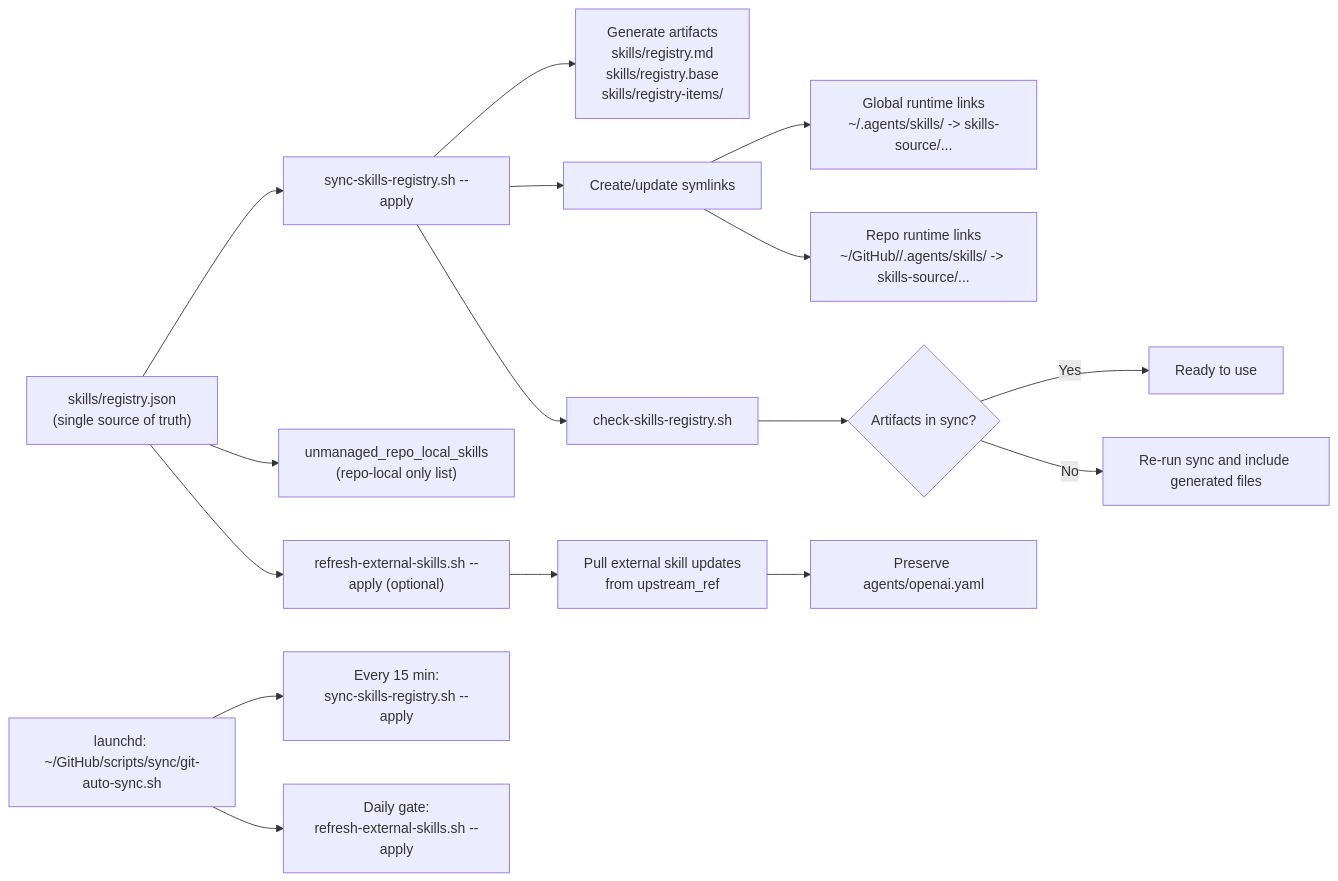
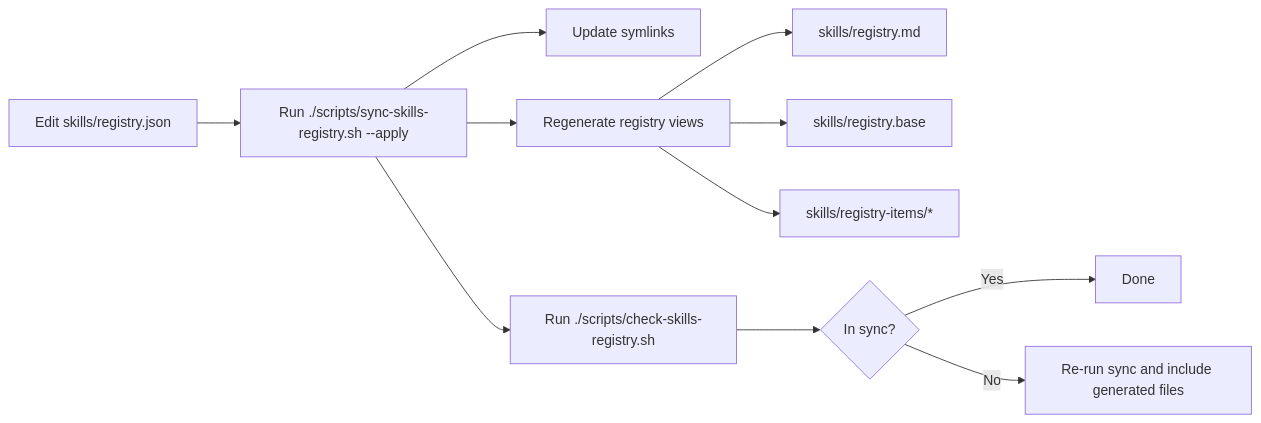
Before and after one commit to wisdom-in-a-nutshell/.agents: the second of 4 diagrams in docs/references/skills-registry.md, drawn with Mermaid. The commit also changed other lines of this file and 1 other file, not shown here.

Commit message:
Codex: 2026-03-02 19:58:13Z

````diff
--- a/docs/references/skills-registry.md
+++ b/docs/references/skills-registry.md
@@ -7,25 +22,13 @@
 ```mermaid
 flowchart LR
-    R["skills/registry.json<br/>(single source of truth)"]
-
-    R --> SYNC["sync-skills-registry.sh --apply"]
-    SYNC --> GEN["Generate artifacts<br/>skills/registry.md<br/>skills/registry.base<br/>skills/registry-items/"]
-    SYNC --> LINKS["Create/update symlinks"]
-
-    LINKS --> G["Global runtime links<br/>~/.agents/skills/<skill> -> skills-source/..."]
-    LINKS --> P["Repo runtime links<br/>~/GitHub/<repo>/.agents/skills/<skill> -> skills-source/..."]
-
-    R --> U["unmanaged_repo_local_skills<br/>(repo-local only list)"]
-
-    SYNC --> CHECK["check-skills-registry.sh"]
-    CHECK --> OK{"Artifacts in sync?"}
-    OK -->|Yes| READY["Ready to use"]
-    OK -->|No| FIX["Re-run sync and include generated files"]
-
-    R --> REF["refresh-external-skills.sh --apply (optional)"]
-    REF --> EXT["Pull external skill updates<br/>from upstream_ref"]
-    EXT --> PRES["Preserve agents/openai.yaml"]
-
-    AUTO["launchd: ~/GitHub/scripts/sync/git-auto-sync.sh"] --> A1["Every 15 min:<br/>sync-skills-registry.sh --apply"]
-    AUTO --> A2["Daily gate:<br/>refresh-external-skills.sh --apply"]
+    A["Edit skills/registry.json"] --> B["Run ./scripts/sync-skills-registry.sh --apply"]
+    B --> C["Update symlinks"]
+    B --> D["Regenerate registry views"]
+    D --> E["skills/registry.md"]
+    D --> F["skills/registry.base"]
+    D --> G["skills/registry-items/*"]
+    B --> H["Run ./scripts/check-skills-registry.sh"]
+    H --> I{"In sync?"}
+    I -->|Yes| J["Done"]
+    I -->|No| K["Re-run sync and include generated files"]
 ```
````
